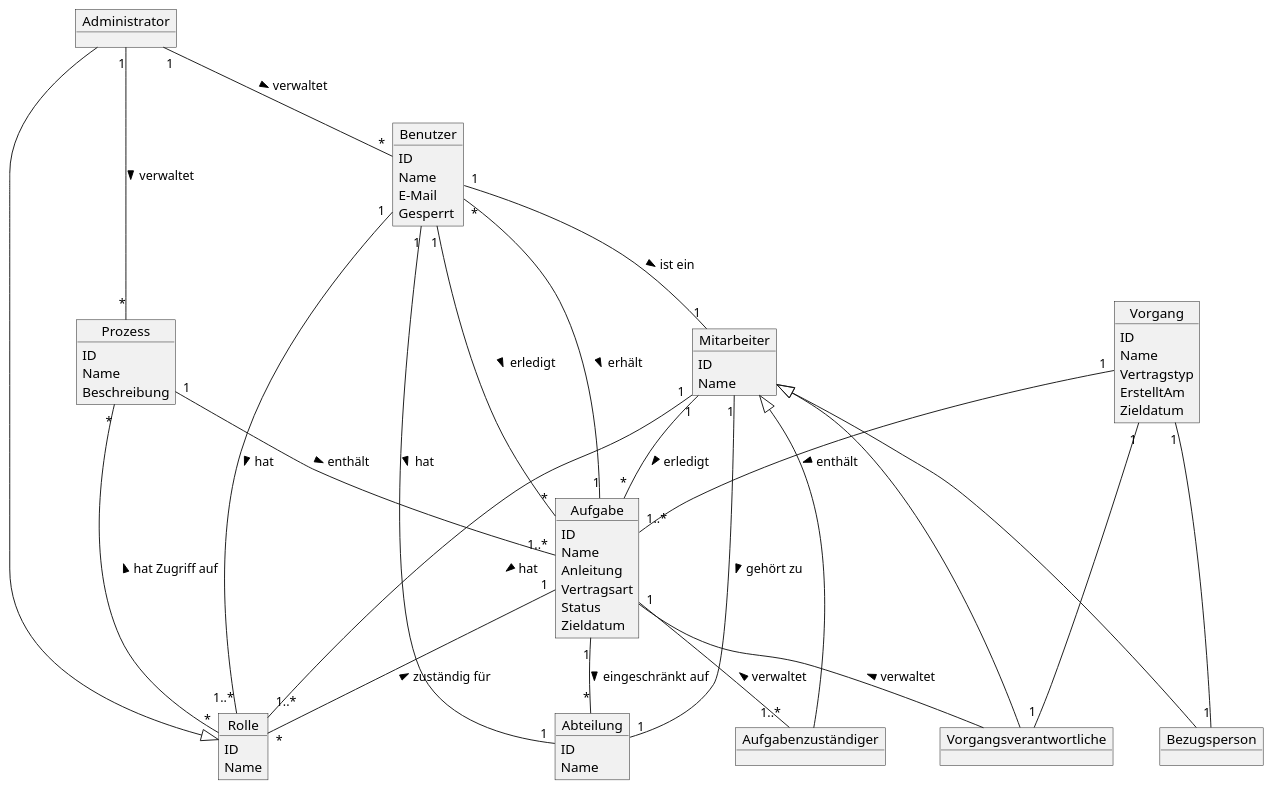
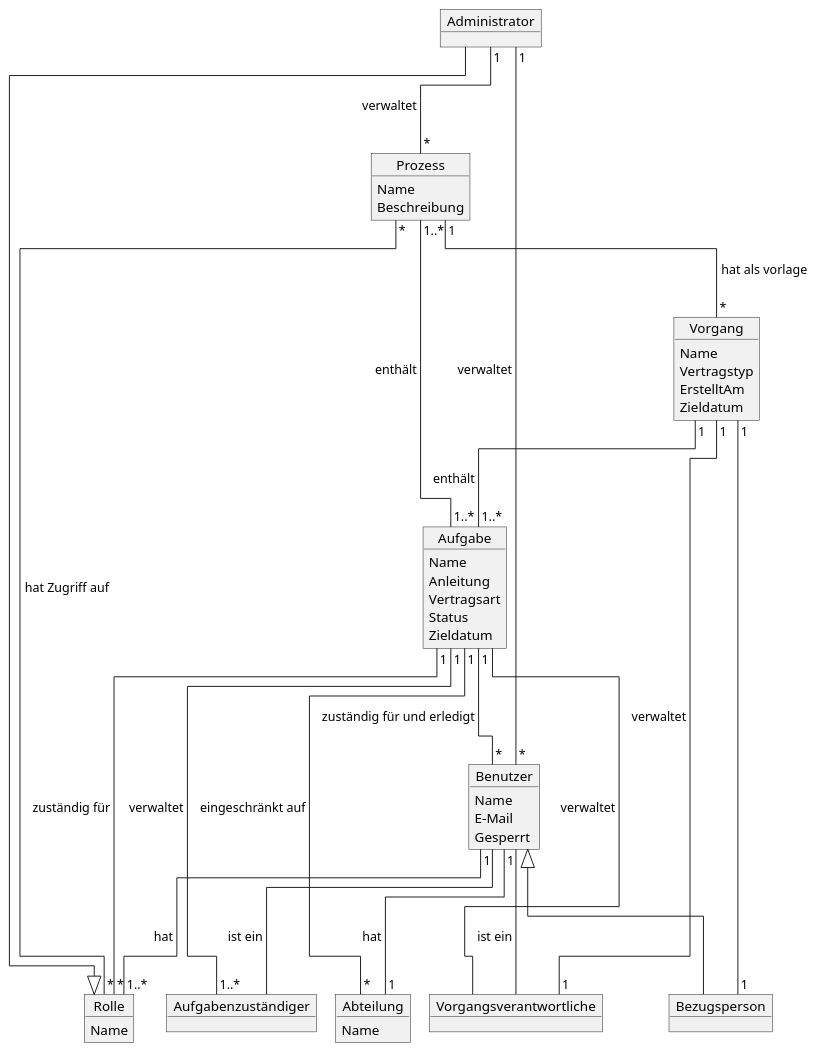
One commit to wowtamz/web-onboarding changed the diagram in docs/domänenmodell.puml. Above: the diagram before and after it, drawn with PlantUML.

Commit message:
modified:   "docs/dom\303\244nenmodell.puml"

```diff
--- a/docs/domänenmodell.puml
+++ b/docs/domänenmodell.puml
@@ -1,84 +1,84 @@
 @startuml
+!pragma layout elk
+
     object Rolle
-        Rolle : ID
         Rolle : Name
 
     object Benutzer
-        Benutzer : ID
         Benutzer : Name
         Benutzer : E-Mail
         Benutzer : Gesperrt
 
     object Administrator
 
-    object Mitarbeiter
-        Mitarbeiter : ID
-        Mitarbeiter : Name
+    ' object Mitarbeiter
+    '     Mitarbeiter : Name
 
     
     object Bezugsperson
     
     object Aufgabenzuständiger
     
     object Vorgangsverantwortliche    
     
 
 
     object Prozess
-        Prozess : ID
         Prozess : Name
         Prozess : Beschreibung
 
 
 
     object Vorgang
-        Vorgang : ID
         Vorgang : Name
         Vorgang : Vertragstyp
         Vorgang : ErstelltAm
         Vorgang : Zieldatum
 
 
     object Aufgabe
-        Aufgabe : ID
         Aufgabe : Name
         Aufgabe : Anleitung
         Aufgabe : Vertragsart
         Aufgabe : Status
         Aufgabe : Zieldatum
 
 
     object Abteilung
-        Abteilung : ID
         Abteilung : Name
 
     Benutzer "1" -- "1..*" Rolle : > hat
     Benutzer "1" -- "1" Abteilung : > hat
-    Benutzer "1" -- "*" Aufgabe : > erledigt
-    Benutzer "1" -- "1" Mitarbeiter : > ist ein
+    ' Benutzer "1" -- "*" Aufgabe : > erledigt
+    ' Benutzer "1" -- "1" Mitarbeiter : > ist ein
+    Benutzer <|--- Bezugsperson
+    Benutzer --- Aufgabenzuständiger  : < ist ein
+    Benutzer --- Vorgangsverantwortliche  : < ist ein
 
-    Mitarbeiter "1" -- "1..*" Rolle : > hat
-    Mitarbeiter "1" -- "1" Abteilung : > gehört zu
-    Mitarbeiter "1" -- "*" Aufgabe : > erledigt
-    Mitarbeiter <|--- Bezugsperson
-    Mitarbeiter <|--- Aufgabenzuständiger
-    Mitarbeiter <|--- Vorgangsverantwortliche
+
+    ' Mitarbeiter "1" -- "1..*" Rolle : > hat
+    ' Mitarbeiter "1" -- "1" Abteilung : > gehört zu
+    ' Mitarbeiter "1" -- "*" Aufgabe : > erledigt
+    ' Mitarbeiter <|--- Bezugsperson
+    ' Mitarbeiter <|--- Aufgabenzuständiger
+    ' Mitarbeiter <|--- Vorgangsverantwortliche
     
       
     Administrator ---|> Rolle
     Administrator "1" -- "*" Prozess : > verwaltet
     Administrator "1" -- "*" Benutzer : > verwaltet
 
     Prozess "*" -- "*" Rolle : < hat Zugriff auf
-    Prozess "1" -- "1..*" Aufgabe : > enthält
+    Prozess "1..*" -- "1..*" Aufgabe : > enthält
+    Prozess "1" -- "*" Vorgang : < hat als vorlage
       
-    Vorgang "1" -- "1" Vorgangsverantwortliche
+    Vorgang "1" -- "1" Vorgangsverantwortliche : < verwaltet
     Vorgang "1" -- "1" Bezugsperson
     Vorgang "1" -- "1..*" Aufgabe : > enthält
 
-    Aufgabe "1" -- "*" Benutzer : < erhält
+    Aufgabe "1" -- "*" Benutzer : < zuständig für und erledigt
     Aufgabe "1" -- "*" Rolle : < zuständig für
     Aufgabe "1" -- "*" Abteilung : > eingeschränkt auf
     Aufgabe "1" -- "1..*" Aufgabenzuständiger : < verwaltet
     Aufgabe  --  Vorgangsverantwortliche : < verwaltet
 @enduml
```
